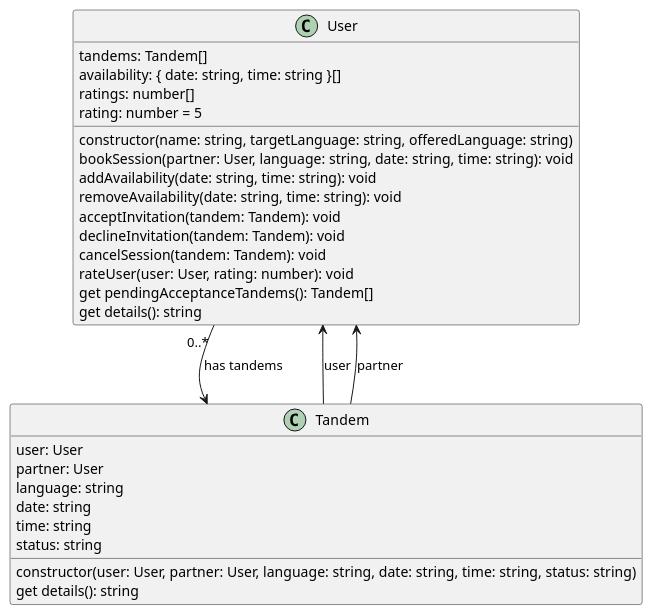
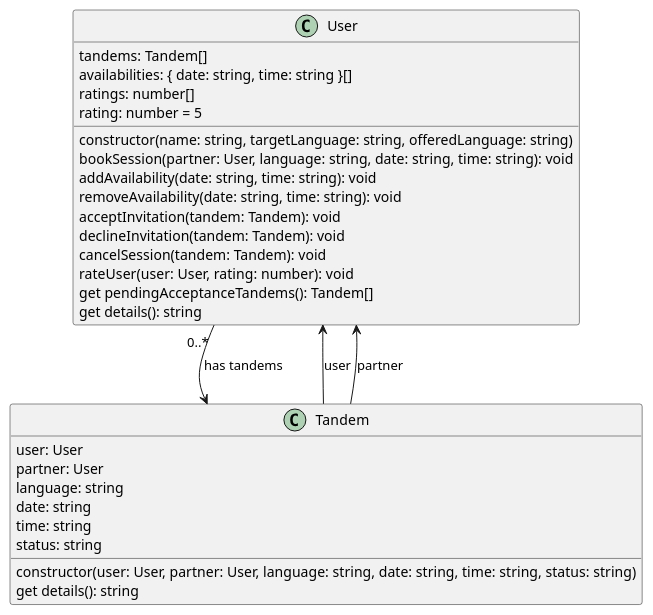
Before and after one commit to coyotiv-sose/graduation-project-gonzalo-brandan: the diagram in architecture/class.puml, drawn with PlantUML. The commit also changed 5 other files, not shown here.

Commit message:
change tracks of 'availability' to 'availabilities'

```diff
--- a/architecture/class.puml
+++ b/architecture/class.puml
@@ -1,33 +1,33 @@
 @startuml
 class User {
   tandems: Tandem[]
-  availability: { date: string, time: string }[]
+  availabilities: { date: string, time: string }[]
   ratings: number[]
   rating: number = 5
   constructor(name: string, targetLanguage: string, offeredLanguage: string)
   bookSession(partner: User, language: string, date: string, time: string): void
   addAvailability(date: string, time: string): void
   removeAvailability(date: string, time: string): void
   acceptInvitation(tandem: Tandem): void
   declineInvitation(tandem: Tandem): void
   cancelSession(tandem: Tandem): void
   rateUser(user: User, rating: number): void
   get pendingAcceptanceTandems(): Tandem[]
   get details(): string
 }
 
 class Tandem {
   user: User
   partner: User
   language: string
   date: string
   time: string
   status: string
   constructor(user: User, partner: User, language: string, date: string, time: string, status: string)
   get details(): string
 }
 
 User "0..*"--> Tandem: has tandems
 Tandem --> User: user
 Tandem --> User: partner
 @enduml
```
